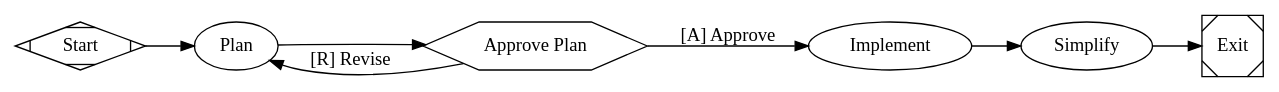
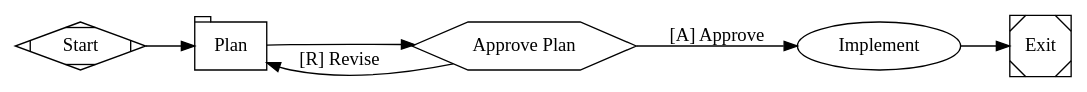
The fourth of 6 diagrams in skills/fabro-create-workflow/references/example-workflows.md (happybigmtn/raspberry), drawn with Graphviz before and after one commit. The commit also changed other lines of this file and 75 other files, not shown here.

````diff
--- a/skills/fabro-create-workflow/references/example-workflows.md
+++ b/skills/fabro-create-workflow/references/example-workflows.md
@@ -93,19 +71,18 @@
 ```dot
-digraph PlanImplement {
-    graph [goal="Plan, approve, implement, and simplify a change"]
+digraph PlanApproveImplement {
+    graph [goal="Plan the work, get approval, then implement it"]
     rankdir=LR
 
     start [shape=Mdiamond, label="Start"]
     exit  [shape=Msquare, label="Exit"]
 
-    plan      [label="Plan", prompt="Analyze the goal and codebase. Write a clear, step-by-step implementation plan to plan.md. Include what files will change and why.", reasoning_effort="high"]
+    plan      [shape=tab, label="Plan", prompt="Write the implementation plan to plan.md."]
     approve   [shape=hexagon, label="Approve Plan"]
-    implement [label="Implement", prompt="Read plan.md and implement every step. Make all the code changes described in the plan."]
-    simplify  [label="Simplify", prompt="Review the changes just made. Simplify and clean up the code without changing behavior."]
+    implement [label="Implement", prompt="Read plan.md and implement it."]
 
     start -> plan -> approve
     approve -> implement [label="[A] Approve"]
     approve -> plan      [label="[R] Revise"]
-    implement -> simplify -> exit
+    implement -> exit
 }
 ```
````
